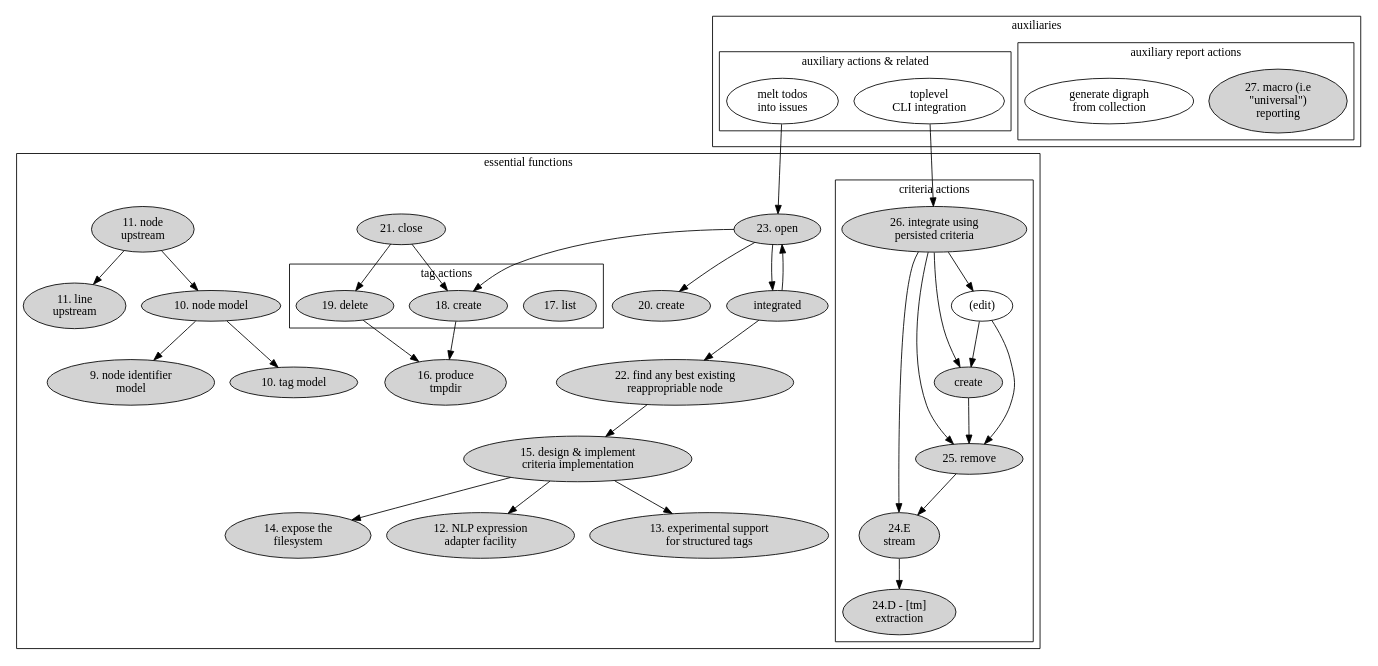
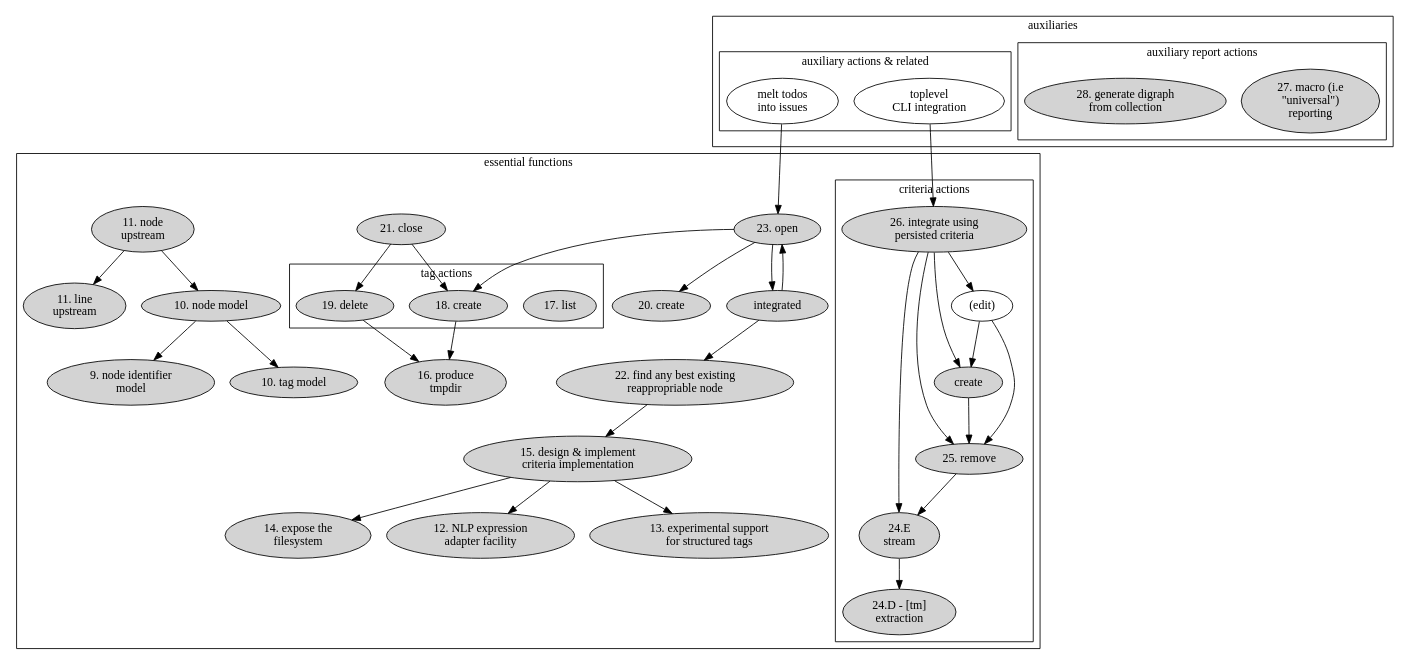
Before and after one commit to hipe/tmx: the diagram in lib/skylab/snag/doc/issues/038/component-digraph.dot, drawn with Graphviz. The commit also changed 12 other files, not shown here.

```diff
--- a/lib/skylab/snag/doc/issues/038/component-digraph.dot
+++ b/lib/skylab/snag/doc/issues/038/component-digraph.dot
@@ -1,104 +1,104 @@
 digraph {
 
 subgraph cluster_main {
 
   label="essential functions"
 
   subgraph cluster_tag_actions {
     label="tag actions"
     tl [label="17. list" style=filled]
     ta [label="18. create" style=filled]
     tr [label="19. delete" style=filled]
   }
 
   mr [label="26. integrate using\npersisted criteria" style=filled]
 
   subgraph cluster_criteria_actions {
 
     label="criteria actions"
 
     mr_abs [label="24.D - [tm]\nextraction" style=filled]
 
     mr_s [label="24.E\nstream" style=filled]
     mr_s->mr_abs
     mr->mr_s
 
     mr_r [label="25. remove" style=filled]
     mr->mr_r
     mr_r->mr_s
 
     mr_c [label="create" style=filled]
     mr->mr_c
     mr_c->mr_r
 
     mr_e [label="(edit)"]
     mr->mr_e
     mr_e->mr_r
     mr_e->mr_c
   }
 
   aa [label="23. open" style=filled]
   ca [label="21. close" style=filled]
   de [label="15. design & implement\ncriteria implementation" style=filled]
   FS [label="14. expose the\nfilesystem" style=filled]
   line_upstream [label="11. line\nupstream" style=filled]
   NLP_experiment [label="12. NLP expression\nadapter facility" style=filled]
   node_identifier_model [label="9. node identifier\nmodel" style=filled]
   node_model [label="10. node model" style=filled]
   node_upstream [label="11. node\nupstream" style=filled]
   oaa [label="20. create" style=filled]
   rea [label="integrated" style=filled]
   rea_actor [label="22. find any best existing\nreappropriable node", style=filled]
   stru [label="13. experimental support\nfor structured tags" style=filled]
   tag_model [label="10. tag model" style=filled]
   tmpdir [label="16. produce\ntmpdir" style=filled]
 
   aa->rea
   aa->ta
 
   ca->tr
   ca->ta
 
   rea->aa
   aa->oaa
   rea->rea_actor
 
   rea_actor->de
   de->NLP_experiment
   de->FS
   de->stru
 
   node_upstream -> line_upstream
   node_upstream -> node_model
 
   node_model -> node_identifier_model
   node_model -> tag_model
 
   tr->tmpdir
   ta->tmpdir
 
 }
 subgraph cluster_after {
 
   label="auxiliaries"
 
   subgraph cluster_reports {
 
     label="auxiliary report actions"
     macro_rep [label="27. macro (i.e\n\"universal\")\nreporting" style=filled]
-    digrah_ [label="generate digraph\nfrom collection"]
+    digrah_ [label="28. generate digraph\nfrom collection" style=filled]
 
   }
 
   subgraph cluster_functions {
 
     label="auxiliary actions & related"
     melt [label="melt todos\ninto issues"]
     top_cli [label="toplevel\nCLI integration"]
     top_cli->mr
 
   }
 }
 
 melt->aa
 }
```
